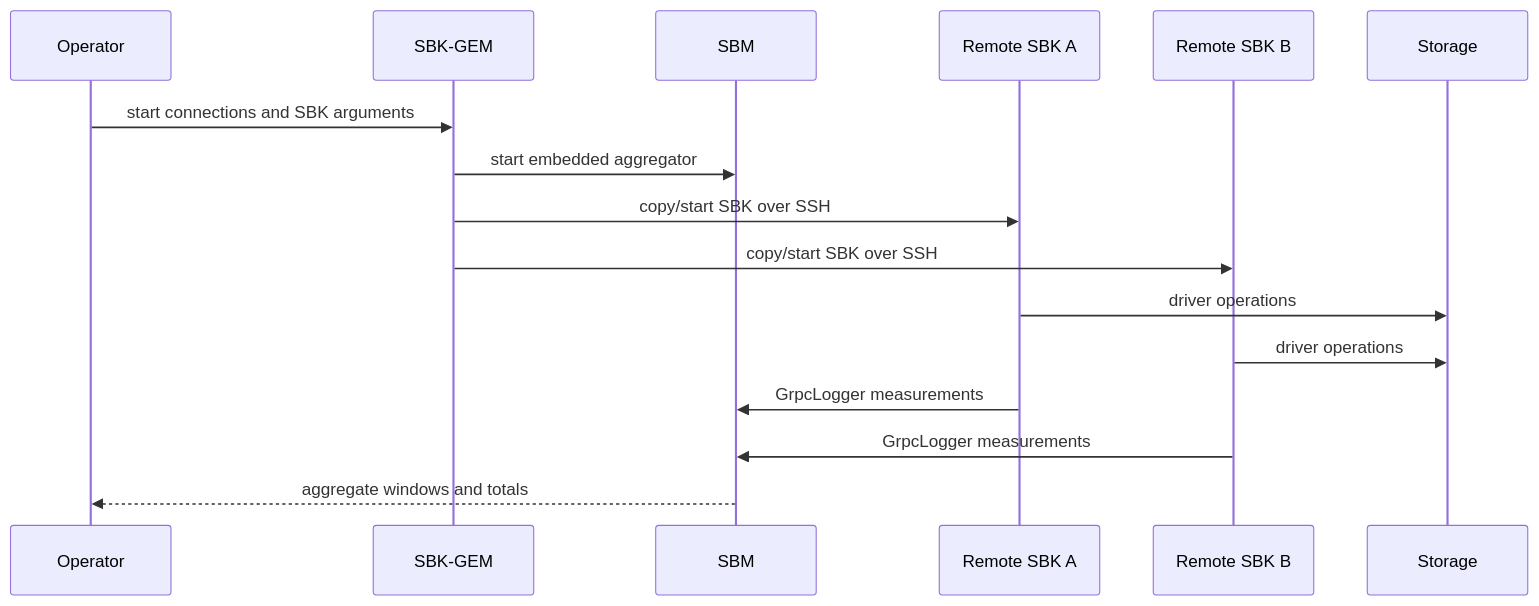
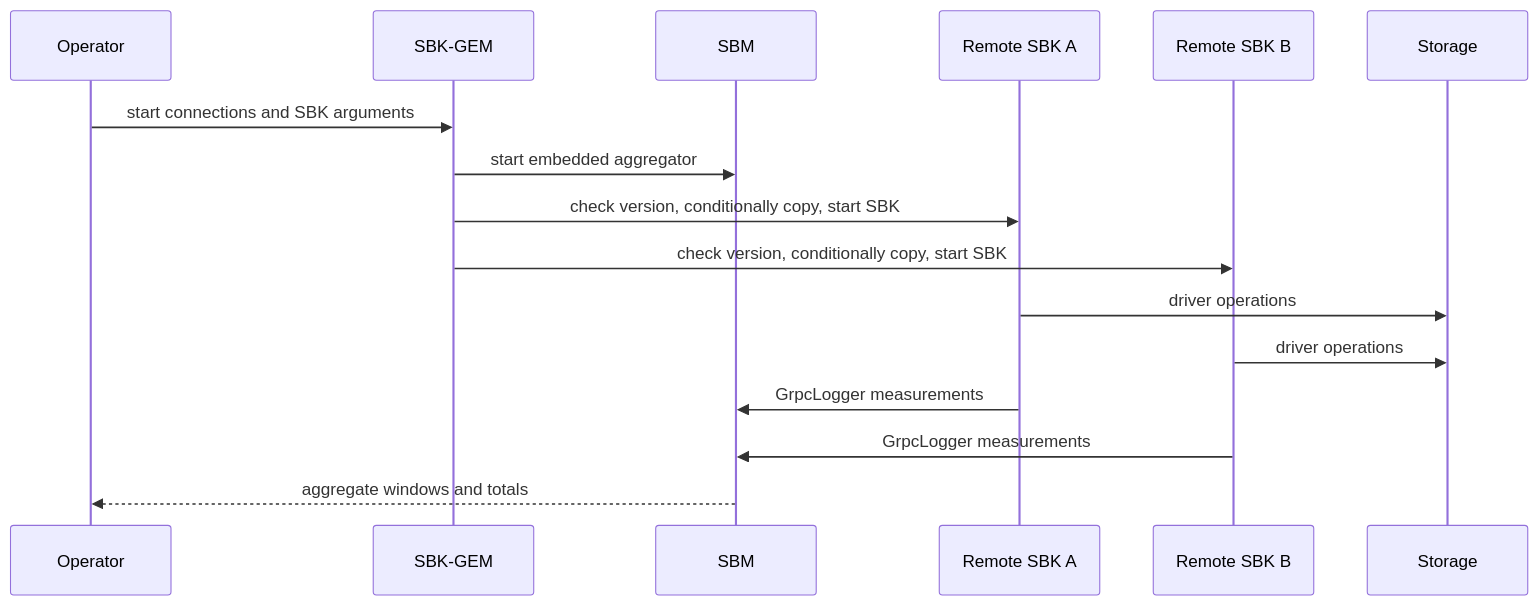
Before and after one commit to kmgowda/SBK: the seventh of 7 diagrams in docs/ARCHITECTURE.md, drawn with Mermaid. The commit also changed other lines of this file and 11 other files, not shown here.

Commit message:
Reconcile SBK versions on GEM nodes

````diff
--- a/docs/ARCHITECTURE.md
+++ b/docs/ARCHITECTURE.md
@@ -242,19 +242,19 @@
 ```mermaid
 sequenceDiagram
     participant Operator
     participant GEM as SBK-GEM
     participant SBM
     participant HostA as Remote SBK A
     participant HostB as Remote SBK B
     participant Storage
 
     Operator->>GEM: start connections and SBK arguments
     GEM->>SBM: start embedded aggregator
-    GEM->>HostA: copy/start SBK over SSH
-    GEM->>HostB: copy/start SBK over SSH
+    GEM->>HostA: check version, conditionally copy, start SBK
+    GEM->>HostB: check version, conditionally copy, start SBK
     HostA->>Storage: driver operations
     HostB->>Storage: driver operations
     HostA->>SBM: GrpcLogger measurements
     HostB->>SBM: GrpcLogger measurements
     SBM-->>Operator: aggregate windows and totals
 ```
````
